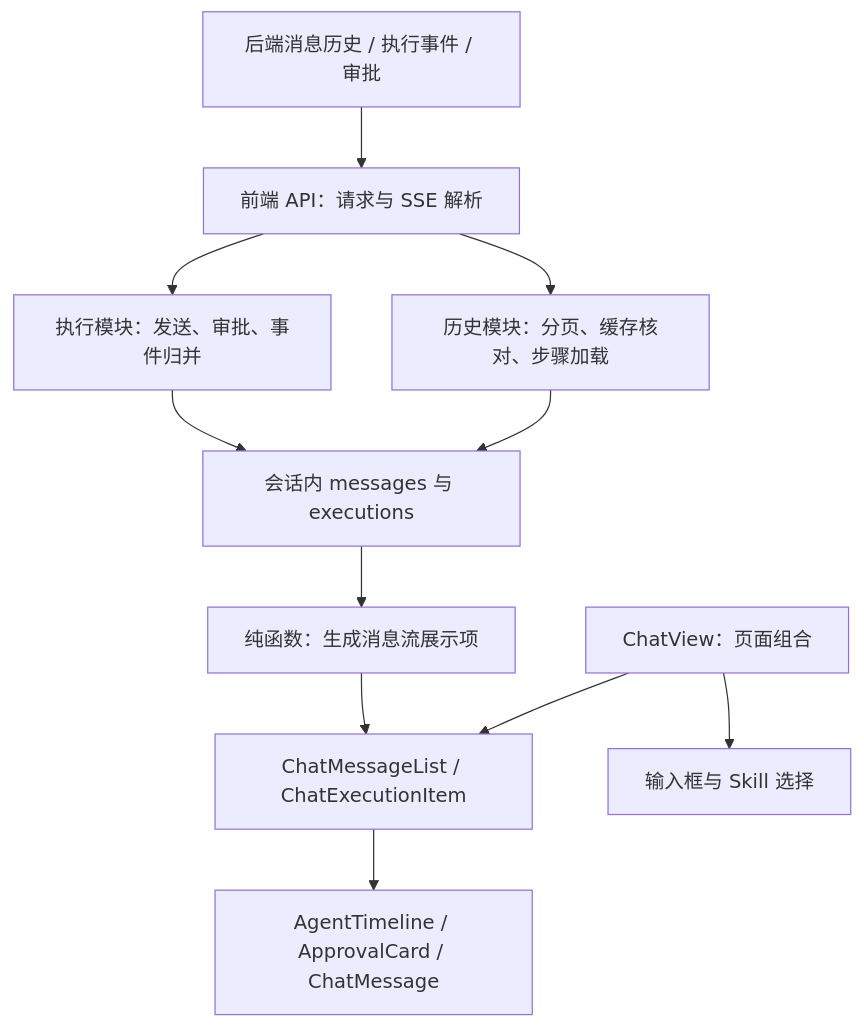
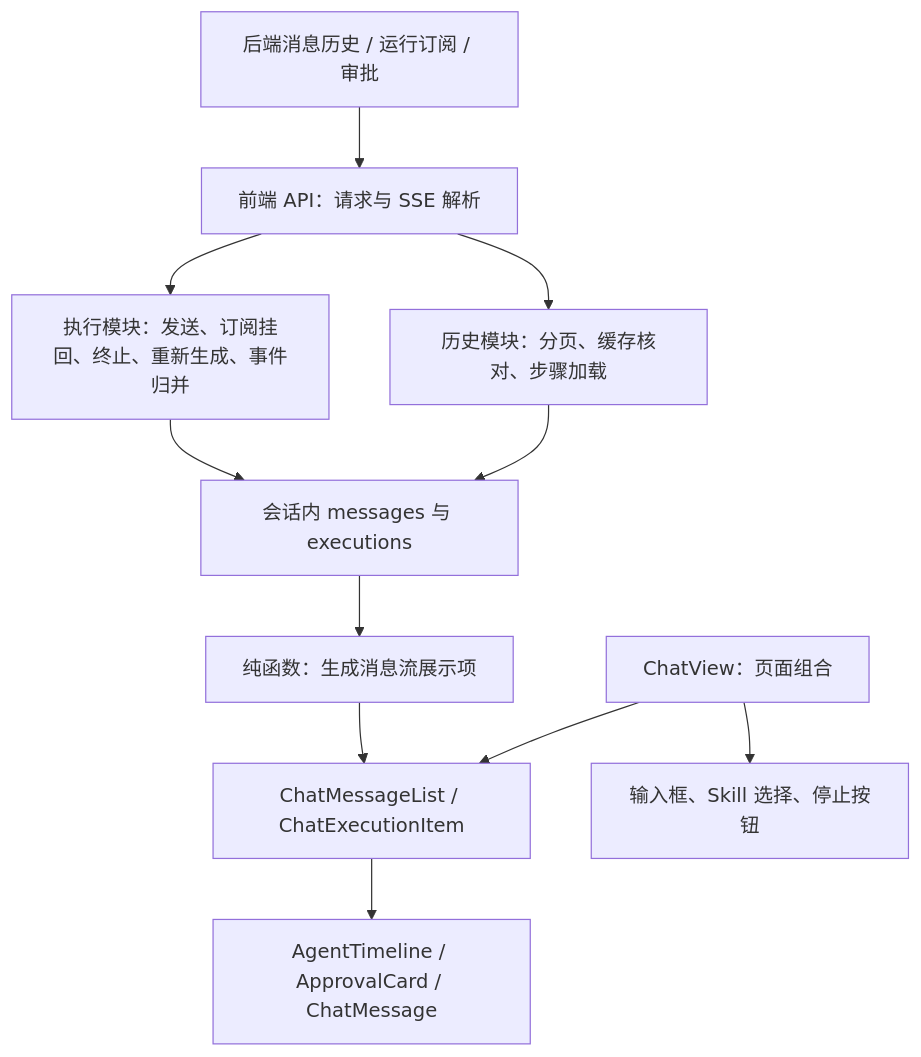
Before and after one commit to calix-cui/my-learning: the third of 3 diagrams in docs/chat.md, drawn with Mermaid. The commit also changed other lines of this file and 4 other files, not shown here.

````diff
--- a/docs/chat.md
+++ b/docs/chat.md
@@ -299,13 +281,13 @@
 ```mermaid
 flowchart TD
-    API[后端消息历史 / 执行事件 / 审批] --> Transport[前端 API：请求与 SSE 解析]
-    Transport --> Execution[执行模块：发送、审批、事件归并]
+    API[后端消息历史 / 运行订阅 / 审批] --> Transport[前端 API：请求与 SSE 解析]
+    Transport --> Execution[执行模块：发送、订阅挂回、终止、重新生成、事件归并]
     Transport --> History[历史模块：分页、缓存核对、步骤加载]
     Execution --> State[会话内 messages 与 executions]
     History --> State
     State --> Projection[纯函数：生成消息流展示项]
     Projection --> Feed[ChatMessageList / ChatExecutionItem]
     Feed --> Parts[AgentTimeline / ApprovalCard / ChatMessage]
     Page[ChatView：页面组合] --> Feed
-    Page --> Composer[输入框与 Skill 选择]
+    Page --> Composer[输入框、Skill 选择、停止按钮]
 ```
````
